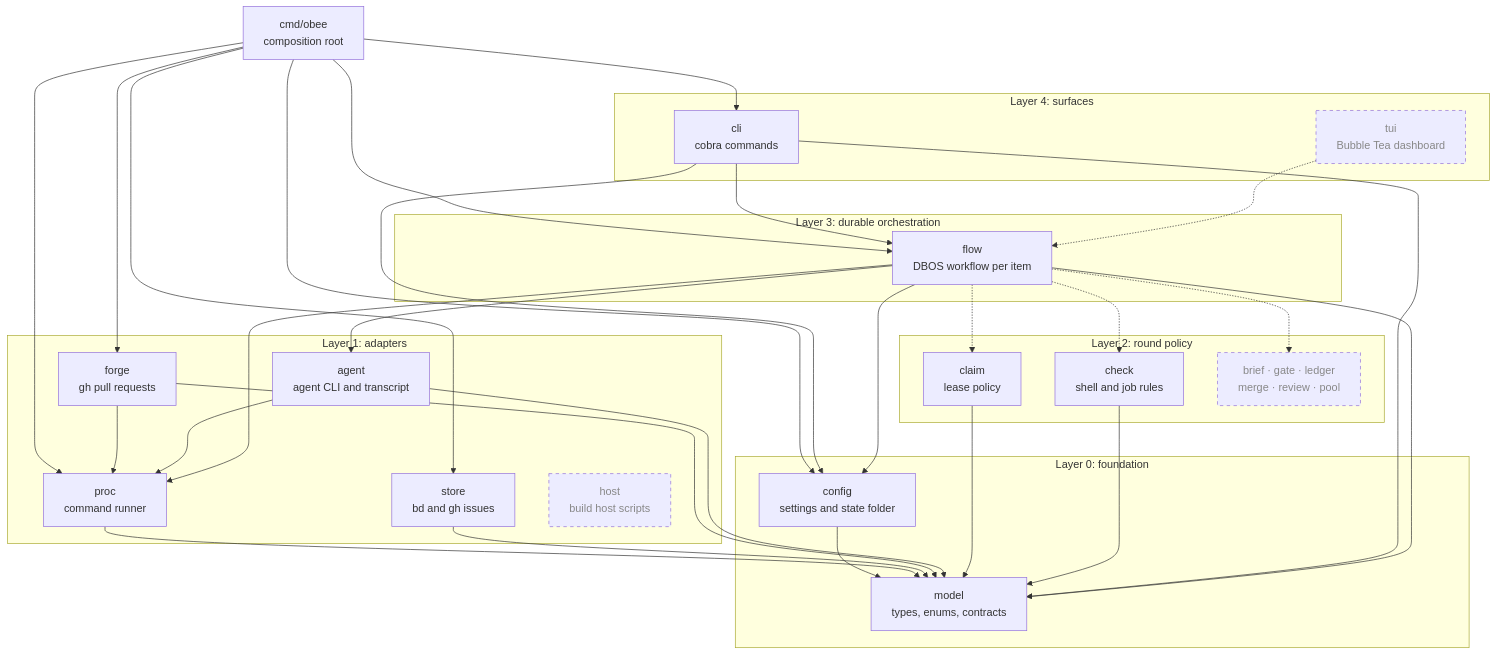
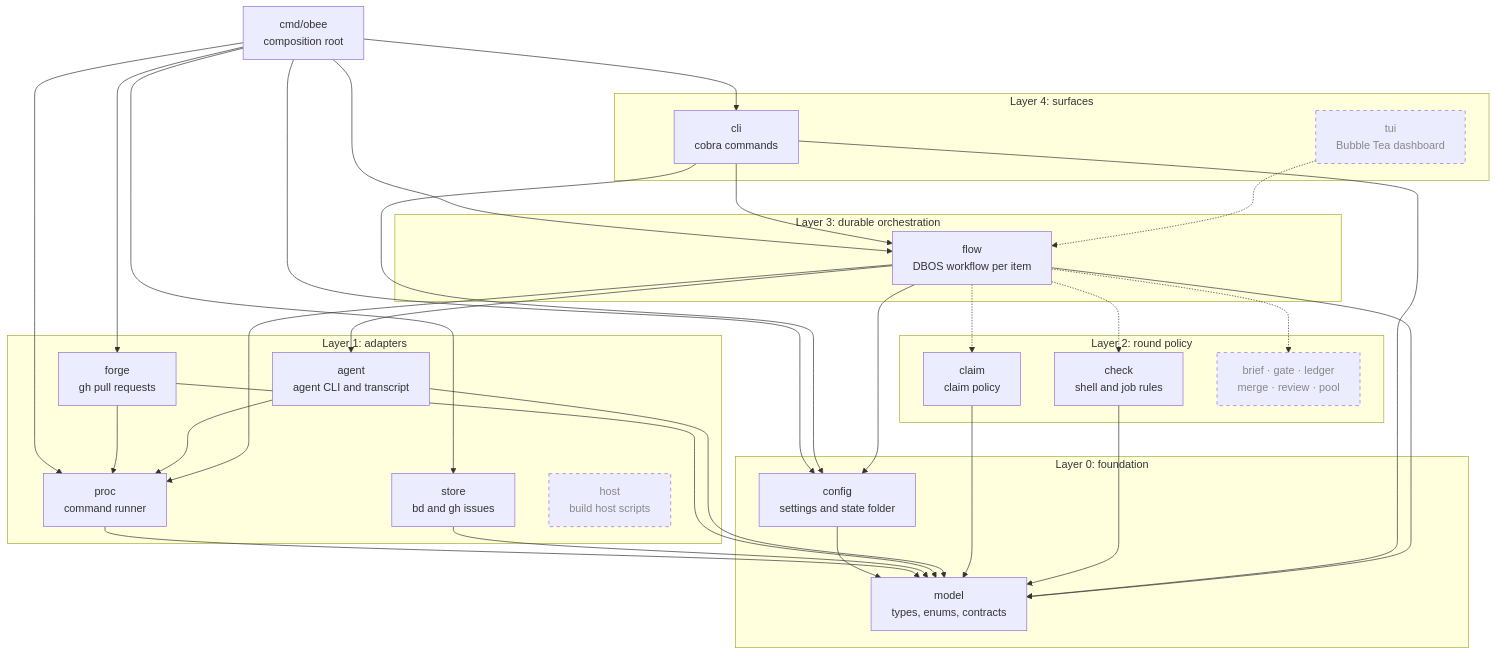
One commit to tobocop2/beehave changed the first of 3 diagrams in docs/architecture.md. Above: the diagram before and after it, drawn with Mermaid. The commit also changed other lines of this file and 47 other files, not shown here.

````diff
--- a/docs/architecture.md
+++ b/docs/architecture.md
@@ -11,63 +11,63 @@
 ```mermaid
 flowchart TD
     main["cmd/obee<br/>composition root"]
 
     subgraph L4["Layer 4: surfaces"]
         cli["cli<br/>cobra commands"]
         tui["tui<br/>Bubble Tea dashboard"]:::planned
     end
 
     subgraph L3["Layer 3: durable orchestration"]
         flow["flow<br/>DBOS workflow per item"]
     end
 
     subgraph L2["Layer 2: round policy"]
-        claim["claim<br/>lease policy"]
+        claim["claim<br/>claim policy"]
         check["check<br/>shell and job rules"]
         policy["brief · gate · ledger<br/>merge · review · pool"]:::planned
     end
 
     subgraph L1["Layer 1: adapters"]
         store["store<br/>bd and gh issues"]
         forge["forge<br/>gh pull requests"]
         agent["agent<br/>agent CLI and transcript"]
         proc["proc<br/>command runner"]
         host["host<br/>build host scripts"]:::planned
     end
 
     subgraph L0["Layer 0: foundation"]
         config["config<br/>settings and state folder"]
         model["model<br/>types, enums, contracts"]
     end
 
     main --> cli
     main --> config
     main --> store
     main --> forge
     main --> proc
     cli --> config
     forge --> proc
     agent --> proc
     config --> model
     proc --> model
     store --> model
     forge --> model
     agent --> model
     claim --> model
     check --> model
     cli --> model
 
     main --> flow
     cli --> flow
     flow --> agent
     flow --> config
     flow --> proc
     flow --> model
 
     tui -.-> flow
     flow -.-> claim
     flow -.-> check
     flow -.-> policy
 
     classDef planned stroke-dasharray: 5 5,color:#888
 ```
````
